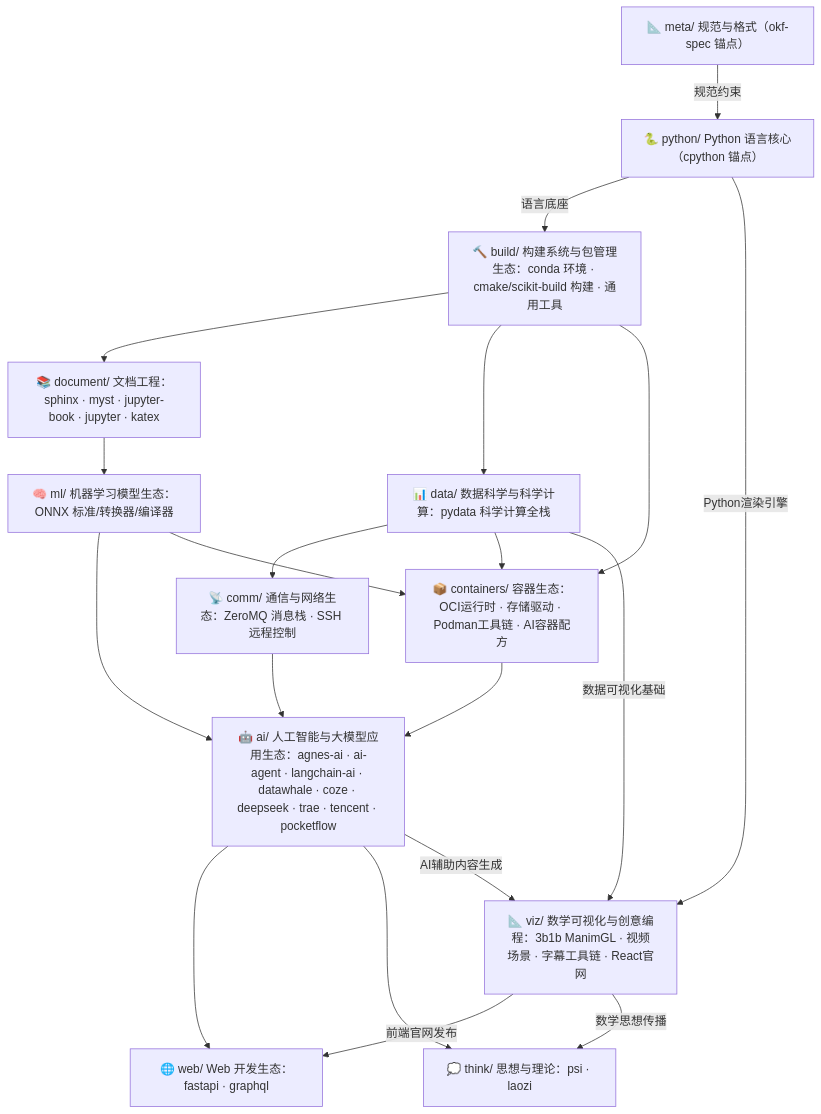
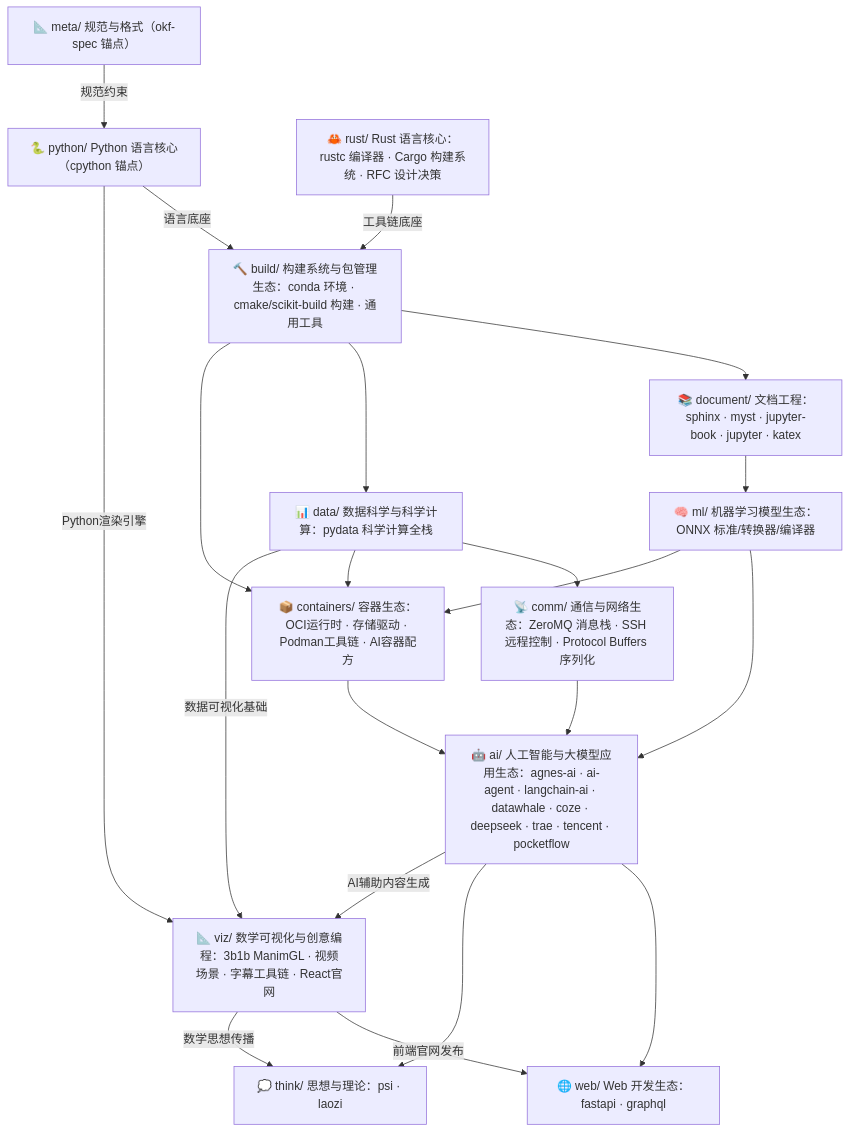
The first of 2 diagrams in doc/bundles/index.md (awesome-flexloop/awesome-okf), drawn with Mermaid before and after one commit. The commit also changed other lines of this file and 19 other files, not shown here.

````diff
--- a/doc/bundles/index.md
+++ b/doc/bundles/index.md
@@ -21,34 +21,36 @@
 ```mermaid
 flowchart TD
     meta["📐 meta/ 规范与格式（okf-spec 锚点）"]
     py["🐍 python/ Python 语言核心（cpython 锚点）"]
+    rust["🦀 rust/ Rust 语言核心：rustc 编译器 · Cargo 构建系统 · RFC 设计决策"]
     build["🔨 build/ 构建系统与包管理生态：conda 环境 · cmake/scikit-build 构建 · 通用工具"]
     doc["📚 document/ 文档工程：sphinx · myst · jupyter-book · jupyter · katex"]
     data["📊 data/ 数据科学与科学计算：pydata 科学计算全栈"]
     ml["🧠 ml/ 机器学习模型生态：ONNX 标准/转换器/编译器"]
-    comm["📡 comm/ 通信与网络生态：ZeroMQ 消息栈 · SSH 远程控制"]
+    comm["📡 comm/ 通信与网络生态：ZeroMQ 消息栈 · SSH 远程控制 · Protocol Buffers 序列化"]
     ai["🤖 ai/ 人工智能与大模型应用生态：agnes-ai · ai-agent · langchain-ai · datawhale · coze · deepseek · trae · tencent · pocketflow"]
     viz["📐 viz/ 数学可视化与创意编程：3b1b ManimGL · 视频场景 · 字幕工具链 · React官网"]
     web["🌐 web/ Web 开发生态：fastapi · graphql"]
     containers["📦 containers/ 容器生态：OCI运行时 · 存储驱动 · Podman工具链 · AI容器配方"]
     think["💭 think/ 思想与理论：psi · laozi"]
     meta -->|"规范约束"| py
     py -->|"语言底座"| build
+    rust -->|"工具链底座"| build
     build --> doc
     build --> data
     build --> containers
     doc --> ml
     data --> comm
     data --> containers
     data -->|"数据可视化基础"| viz
     py -->|"Python渲染引擎"| viz
     ml --> ai
     ml --> containers
     comm --> ai
     containers --> ai
     ai --> web
     ai --> think
     ai -->|"AI辅助内容生成"| viz
     viz -->|"前端官网发布"| web
     viz -->|"数学思想传播"| think
 ```
````
